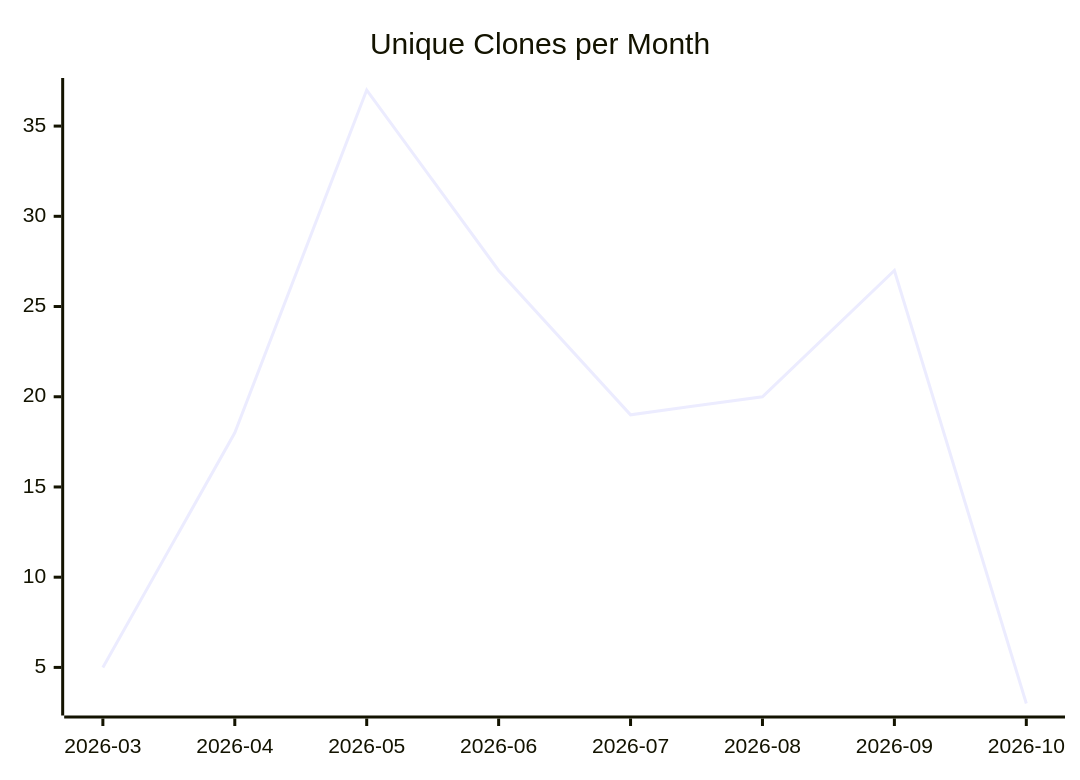
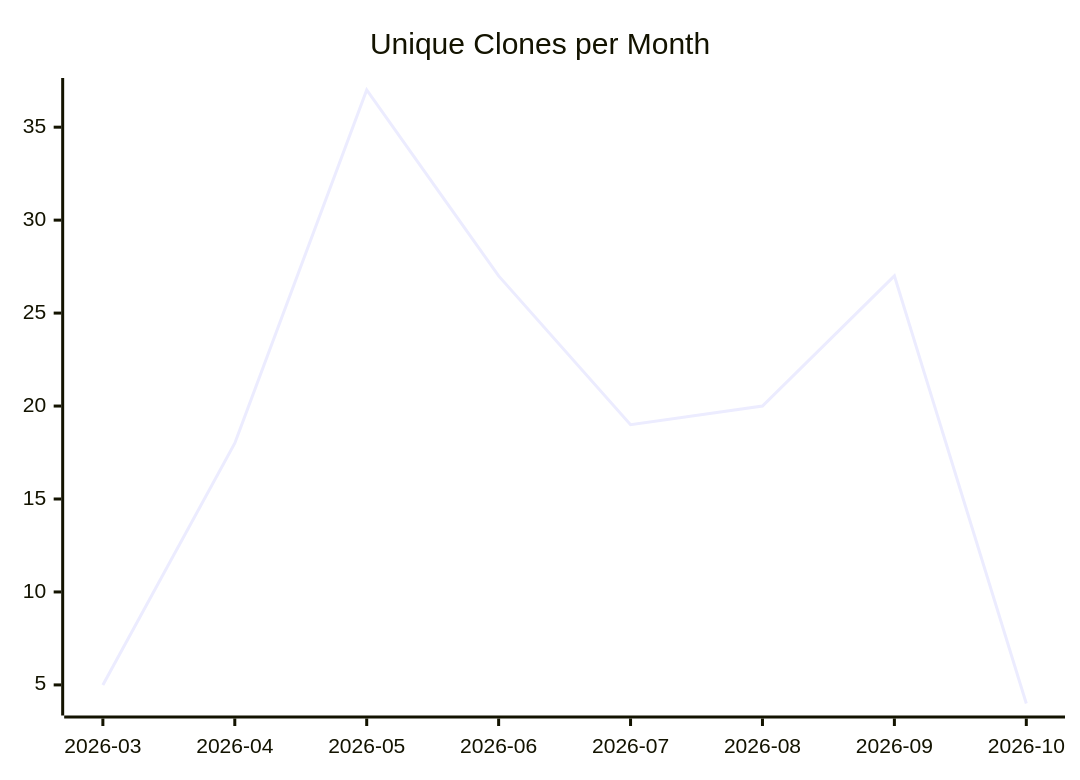
Before and after one commit to justdavis-family/github-analytics-data: the third of 3 diagrams in karlmdavis/obsidian-operator/README.md, drawn with Mermaid. The commit also changed other lines of this file and 203 other files, not shown here.

````diff
--- a/karlmdavis/obsidian-operator/README.md
+++ b/karlmdavis/obsidian-operator/README.md
@@ -19,6 +19,6 @@
 ```mermaid
 xychart-beta
   title "Unique Clones per Month"
   x-axis ["2026-03", "2026-04", "2026-05", "2026-06", "2026-07", "2026-08", "2026-09", "2026-10"]
-  line [5, 18, 37, 27, 19, 20, 27, 3]
+  line [5, 18, 37, 27, 19, 20, 27, 4]
 ```
````
